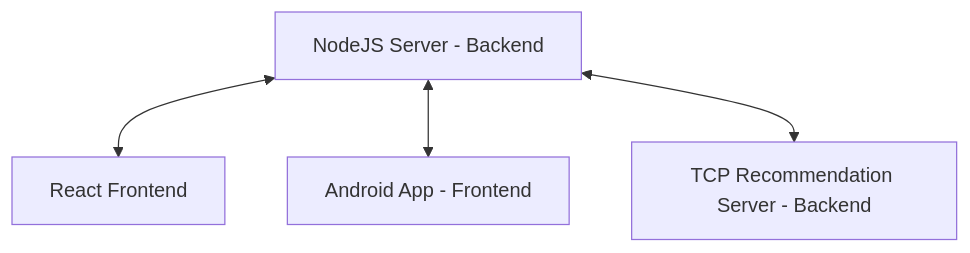
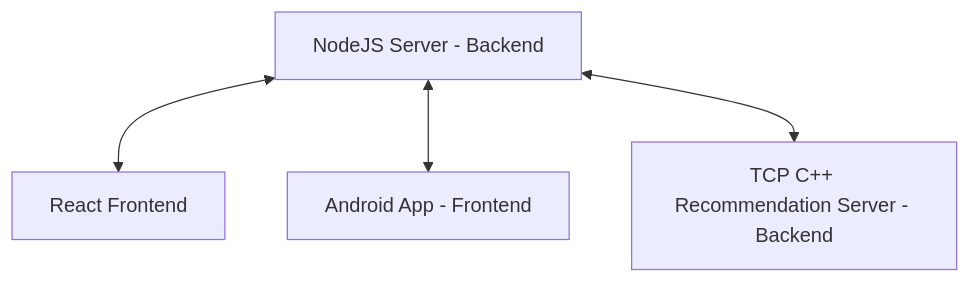
The diagram in README.md (Mzhenian/CrispyCrumbsTCP), drawn with Mermaid before and after one commit. The commit also changed other lines of this file, not shown here.

````diff
--- a/README.md
+++ b/README.md
@@ -72,6 +68,6 @@
 ```mermaid
 graph TD;
     NodeJS_Server["NodeJS Server - Backend"] <--> React_Web["React Frontend"];
     NodeJS_Server <--> Android_App["Android App - Frontend"];
-    NodeJS_Server <--> TCP_Server["TCP Recommendation Server - Backend"];
+    NodeJS_Server <--> TCP_Server["TCP C++ Recommendation Server - Backend"];
 ```
````
